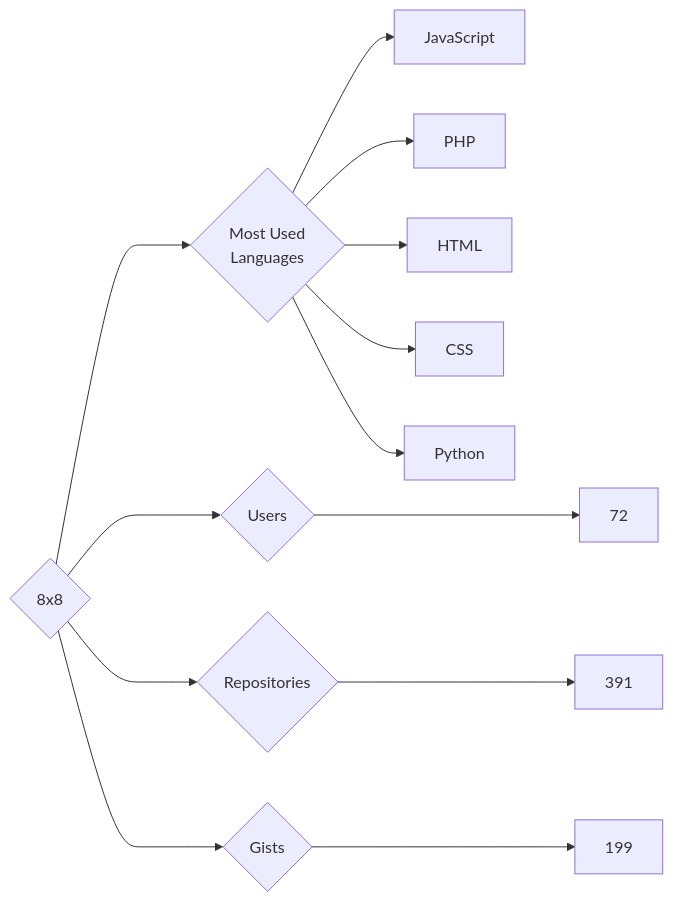
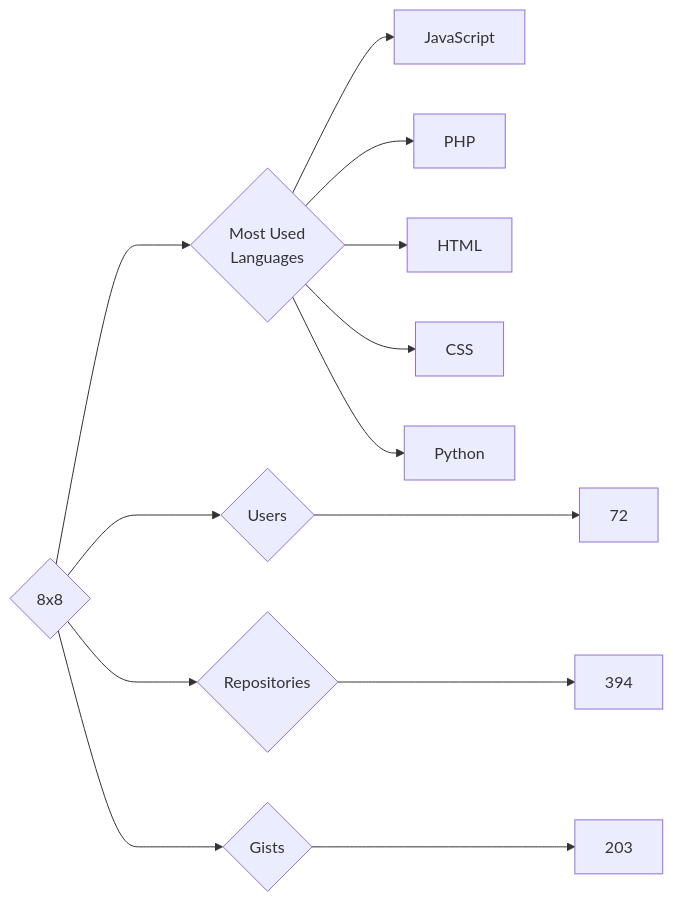
Before and after one commit to trickest/insiders: the diagram in targets/8x8/README.md, drawn with Mermaid. The commit also changed 1023 other files, not shown here.

````diff
--- a/targets/8x8/README.md
+++ b/targets/8x8/README.md
@@ -3,13 +3,13 @@
 ```mermaid
 graph LR
 COMPANY_NAME{8x8}
 COMPANY_NAME ---> U{Users} ---> UN[72]
-COMPANY_NAME ---> R{Repositories} ---> RN[391]
-COMPANY_NAME ---> G{Gists} ---> GN[199]
+COMPANY_NAME ---> R{Repositories} ---> RN[394]
+COMPANY_NAME ---> G{Gists} ---> GN[203]
 COMPANY_NAME ---> ML{Most Used<br>Languages}
 ML --> JavaScript[JavaScript]
 ML --> PHP[PHP]
 ML --> HTML[HTML]
 ML --> CSS[CSS]
 ML --> Python[Python]
 ```
````
